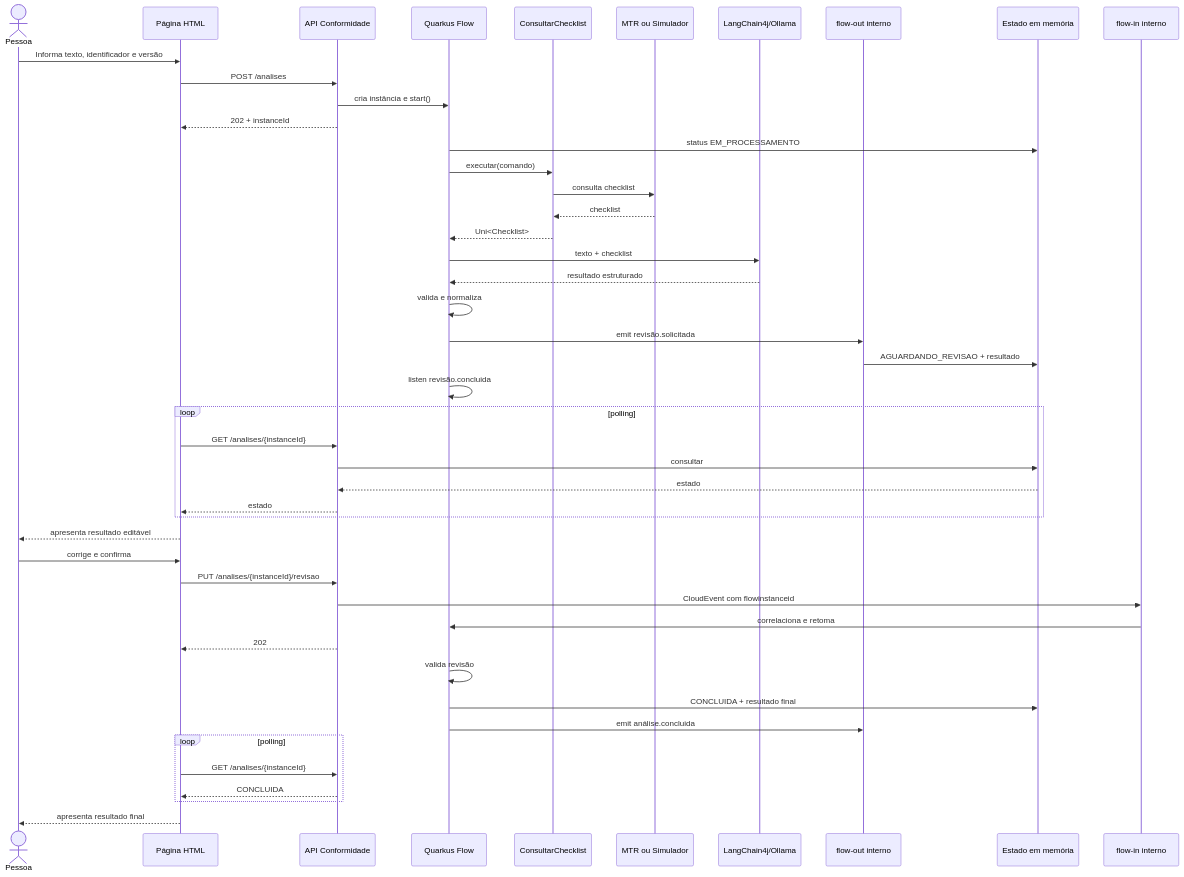
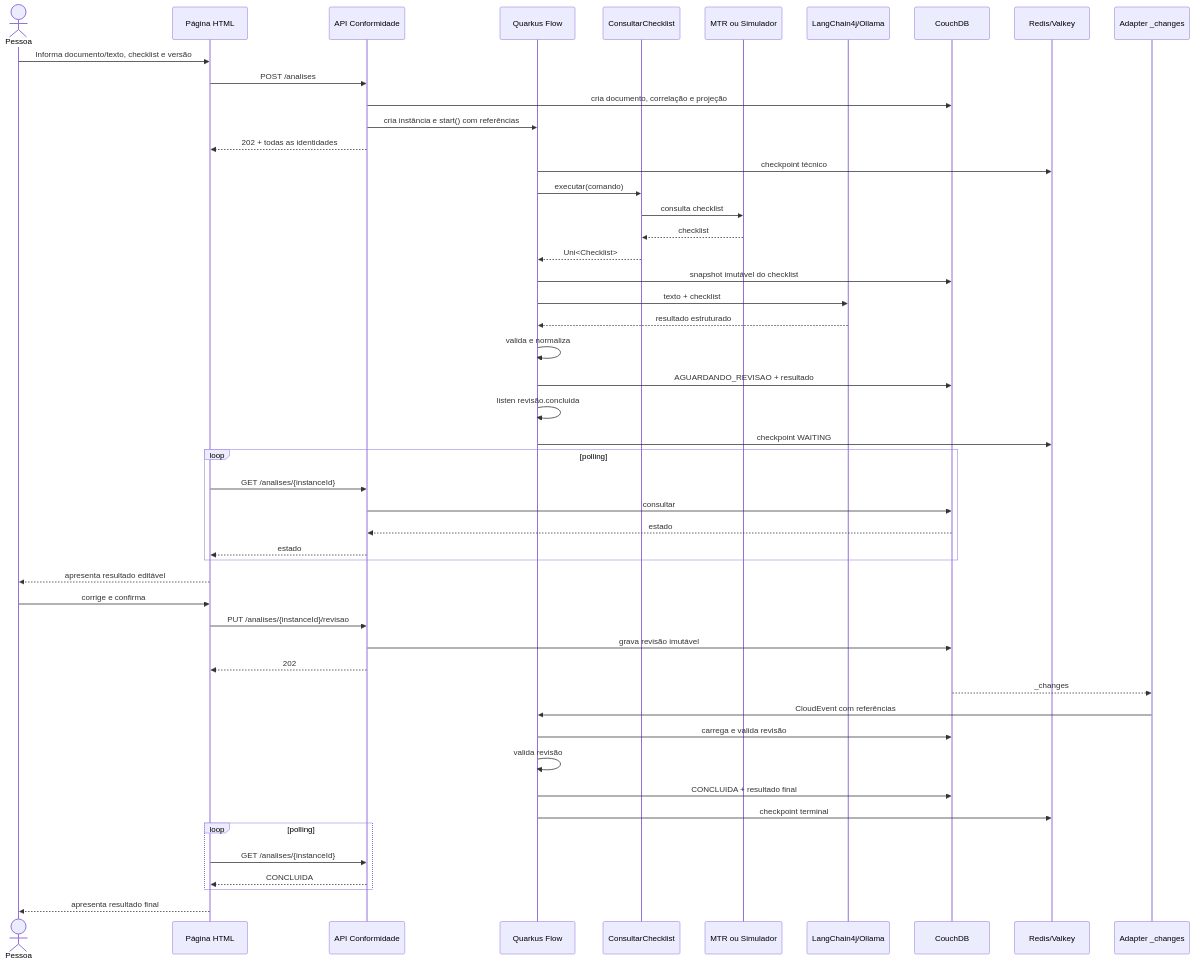
Before and after one commit to edoardo-bianco/arvore-documento-quarkus-proxy-ft-simulador-otel: the second of 2 diagrams in doc/poc/especificacao-poc-conformidade-quarkus-flow-ollama-hitl-sem-broker.md, drawn with Mermaid. The commit also changed other lines of this file and 7 other files, not shown here.

````diff
--- a/doc/poc/especificacao-poc-conformidade-quarkus-flow-ollama-hitl-sem-broker.md
+++ b/doc/poc/especificacao-poc-conformidade-quarkus-flow-ollama-hitl-sem-broker.md
@@ -1492,57 +1723,61 @@
 ```mermaid
 sequenceDiagram
     actor Pessoa
     participant Pagina as Página HTML
     participant API as API Conformidade
     participant Flow as Quarkus Flow
     participant Checklist as ConsultarChecklist
     participant MTR as MTR ou Simulador
     participant Agente as LangChain4j/Ollama
-    participant Out as flow-out interno
-    participant Store as Estado em memória
-    participant In as flow-in interno
+    participant Couch as CouchDB
+    participant Redis as Redis/Valkey
+    participant Changes as Adapter _changes
 
-    Pessoa->>Pagina: Informa texto, identificador e versão
+    Pessoa->>Pagina: Informa documento/texto, checklist e versão
     Pagina->>API: POST /analises
-    API->>Flow: cria instância e start()
-    API-->>Pagina: 202 + instanceId
+    API->>Couch: cria documento, correlação e projeção
+    API->>Flow: cria instância e start() com referências
+    API-->>Pagina: 202 + todas as identidades
 
-    Flow->>Store: status EM_PROCESSAMENTO
+    Flow->>Redis: checkpoint técnico
     Flow->>Checklist: executar(comando)
     Checklist->>MTR: consulta checklist
     MTR-->>Checklist: checklist
     Checklist-->>Flow: Uni<Checklist>
+    Flow->>Couch: snapshot imutável do checklist
 
     Flow->>Agente: texto + checklist
     Agente-->>Flow: resultado estruturado
     Flow->>Flow: valida e normaliza
 
-    Flow->>Out: emit revisão.solicitada
-    Out->>Store: AGUARDANDO_REVISAO + resultado
+    Flow->>Couch: AGUARDANDO_REVISAO + resultado
     Flow->>Flow: listen revisão.concluida
+    Flow->>Redis: checkpoint WAITING
 
     loop polling
         Pagina->>API: GET /analises/{instanceId}
-        API->>Store: consultar
-        Store-->>API: estado
+        API->>Couch: consultar
+        Couch-->>API: estado
         API-->>Pagina: estado
     end
 
     Pagina-->>Pessoa: apresenta resultado editável
     Pessoa->>Pagina: corrige e confirma
     Pagina->>API: PUT /analises/{instanceId}/revisao
-    API->>In: CloudEvent com flowinstanceid
-    In->>Flow: correlaciona e retoma
+    API->>Couch: grava revisão imutável
     API-->>Pagina: 202
+    Couch-->>Changes: _changes
+    Changes->>Flow: CloudEvent com referências
+    Flow->>Couch: carrega e valida revisão
 
     Flow->>Flow: valida revisão
-    Flow->>Store: CONCLUIDA + resultado final
-    Flow->>Out: emit análise.concluida
+    Flow->>Couch: CONCLUIDA + resultado final
+    Flow->>Redis: checkpoint terminal
 
     loop polling
         Pagina->>API: GET /analises/{instanceId}
         API-->>Pagina: CONCLUIDA
     end
 
     Pagina-->>Pessoa: apresenta resultado final
 ```
````
